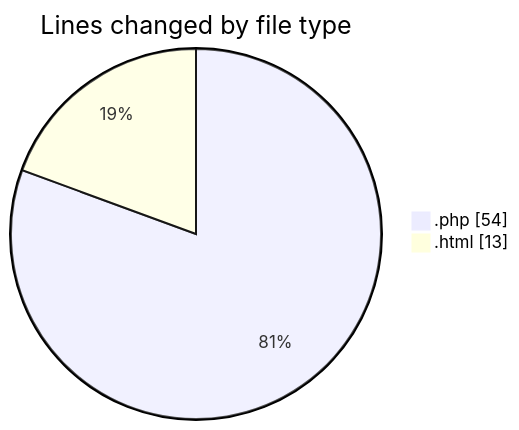
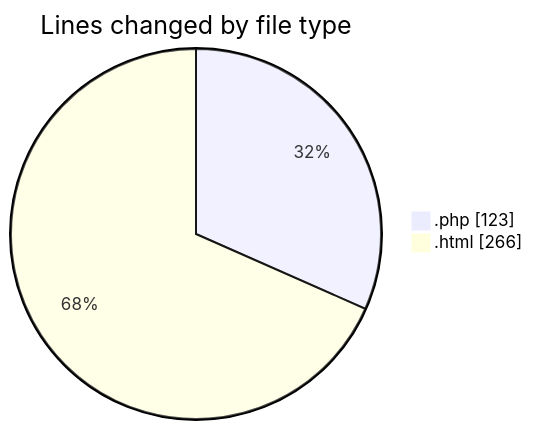
One commit to lephambinh05/code-tracking changed the first of 2 diagrams in 2025-08-10/getmailotp/README.md. Above: the diagram before and after it, drawn with Mermaid. The commit also changed other lines of this file and 1 other file, not shown here.

````diff
--- a/2025-08-10/getmailotp/README.md
+++ b/2025-08-10/getmailotp/README.md
@@ -21,6 +21,6 @@
 ```mermaid
 pie showData
 title Lines changed by file type
-".php" : 54
-".html" : 13
+".php" : 123
+".html" : 266
 ```
````
